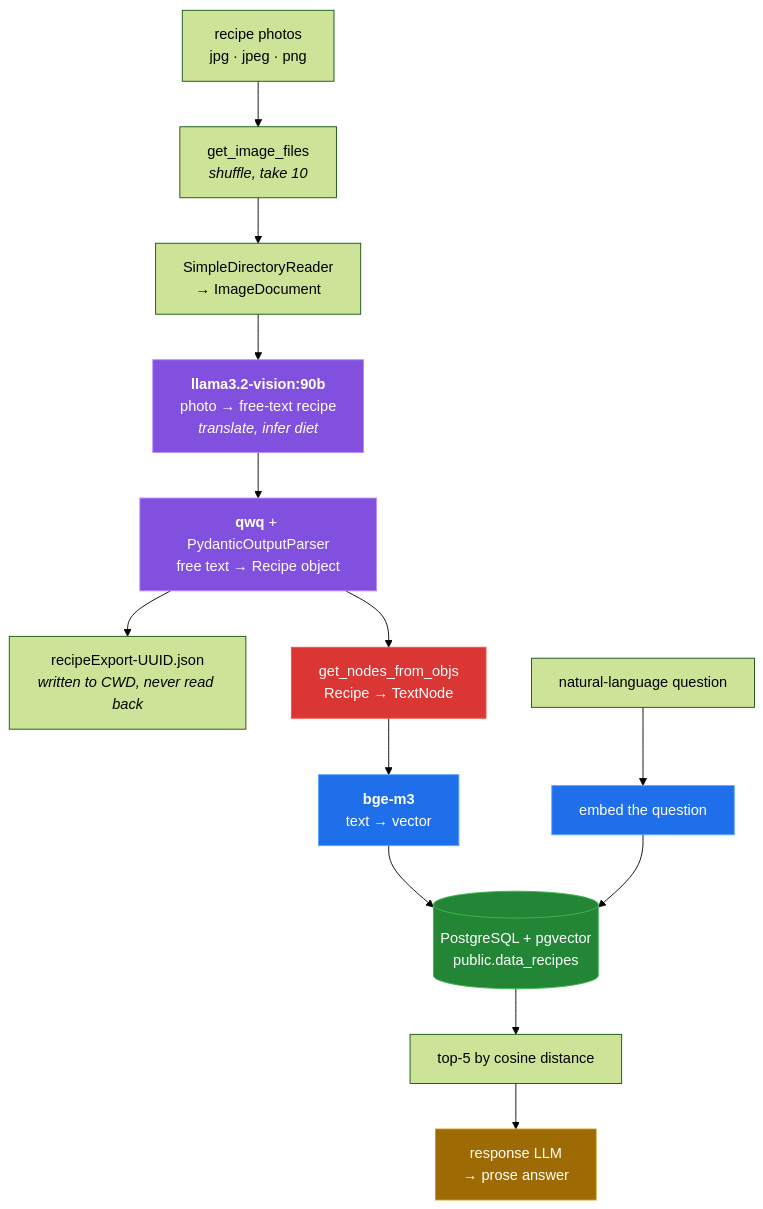
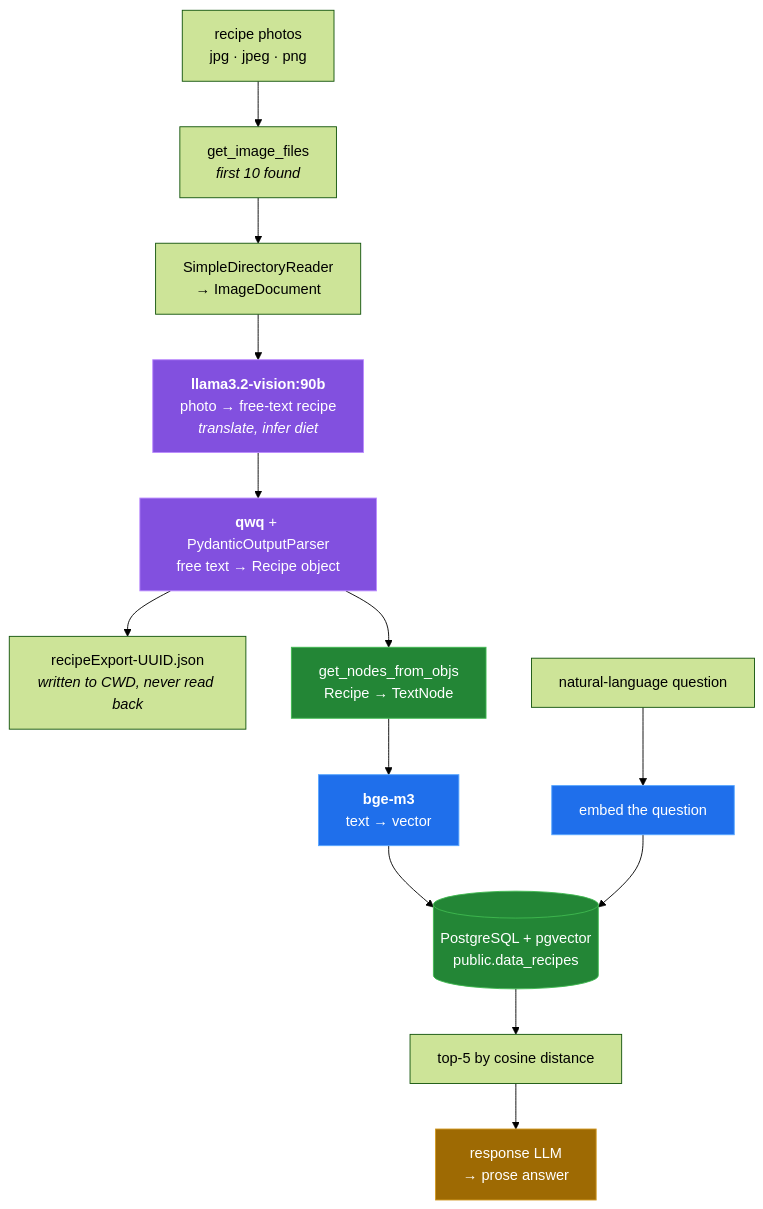
The diagram in README.md (Bissbert/cookingRAG), drawn with Mermaid (forest theme) before and after one commit. The commit also changed other lines of this file and 11 other files, not shown here.

````diff
--- a/README.md
+++ b/README.md
@@ -19,24 +19,24 @@
 ```mermaid
 flowchart TD
-    IMG["recipe photos<br/>jpg · jpeg · png"] --> SEL["get_image_files<br/><i>shuffle, take 10</i>"]
+    IMG["recipe photos<br/>jpg · jpeg · png"] --> SEL["get_image_files<br/><i>first 10 found</i>"]
     SEL --> RD["SimpleDirectoryReader<br/>→ ImageDocument"]
     RD --> VIS["<b>llama3.2-vision:90b</b><br/>photo → free-text recipe<br/><i>translate, infer diet</i>"]
     VIS --> STR["<b>qwq</b> + PydanticOutputParser<br/>free text → Recipe object"]
     STR --> JSON["recipeExport-UUID.json<br/><i>written to CWD, never read back</i>"]
     STR --> NODE["get_nodes_from_objs<br/>Recipe → TextNode"]
     NODE --> EMB["<b>bge-m3</b><br/>text → vector"]
     EMB --> PG[("PostgreSQL + pgvector<br/>public.data_recipes")]
 
     Q["natural-language question"] --> QEMB["embed the question"]
     QEMB --> PG
     PG --> TOP["top-5 by cosine distance"]
     TOP --> GEN["response LLM<br/>→ prose answer"]
 
     style VIS fill:#8250df,stroke:#bc8cff,color:#fff
     style STR fill:#8250df,stroke:#bc8cff,color:#fff
     style EMB fill:#1f6feb,stroke:#58a6ff,color:#fff
     style QEMB fill:#1f6feb,stroke:#58a6ff,color:#fff
     style PG fill:#238636,stroke:#3fb950,color:#fff
-    style NODE fill:#da3633,stroke:#f85149,color:#fff
+    style NODE fill:#238636,stroke:#3fb950,color:#fff
     style GEN fill:#9e6a03,stroke:#d29922,color:#fff
 ```
````
